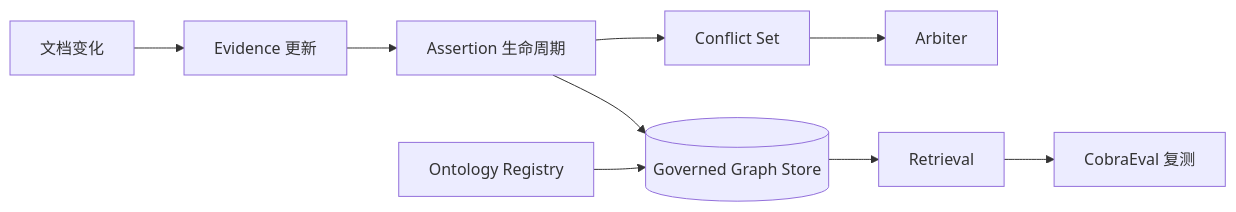
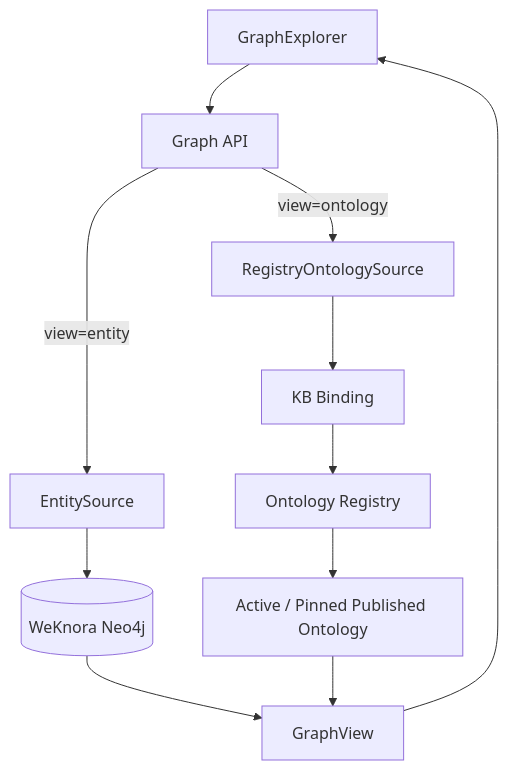
The fifth of 6 diagrams in README.md (superbuzzy/Weknora-Semantica), drawn with Mermaid before and after one commit. The commit also changed other lines of this file and 23 other files, not shown here.

First line of the commit message:
CobraKnowledge v0.4 — Ontology Registry 与版本治理

````diff
--- a/README.md
+++ b/README.md
@@ -1047,11 +262,13 @@
 ```mermaid
-flowchart LR
-    DOC[文档变化] --> EVI[Evidence 更新]
-    EVI --> ASS[Assertion 生命周期]
-    ASS --> CON[Conflict Set]
-    CON --> ARB[Arbiter]
-    ASS --> GS[(Governed Graph Store)]
-    ONT[Ontology Registry] --> GS
-    GS --> RET[Retrieval]
-    RET --> EVAL[CobraEval 复测]
+flowchart TB
+    UI[GraphExplorer] --> API[Graph API]
+    API -->|view=entity| ES[EntitySource]
+    API -->|view=ontology| OS[RegistryOntologySource]
+    ES --> NEO[(WeKnora Neo4j)]
+    OS --> B[KB Binding]
+    B --> REG[Ontology Registry]
+    REG --> ONT[Active / Pinned Published Ontology]
+    NEO --> GV[GraphView]
+    ONT --> GV
+    GV --> UI
 ```
````
